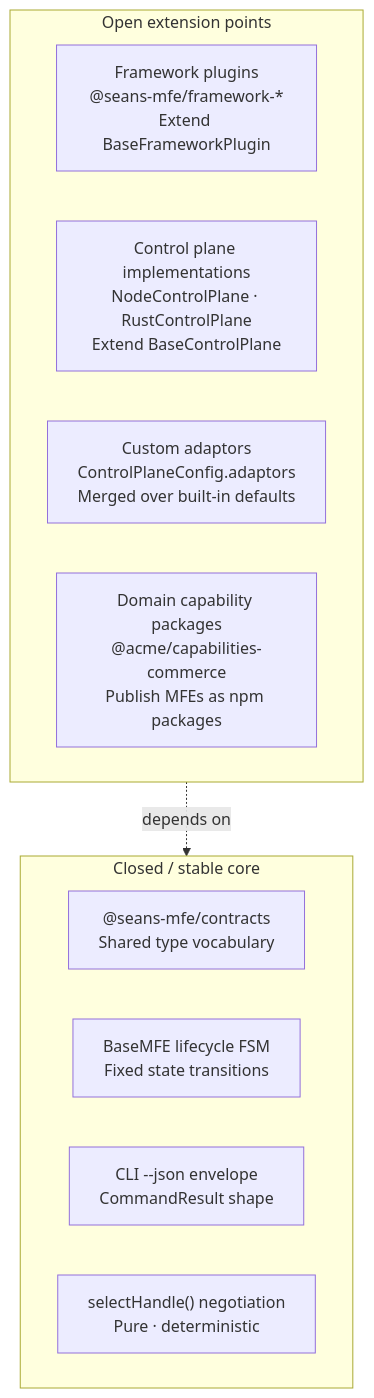
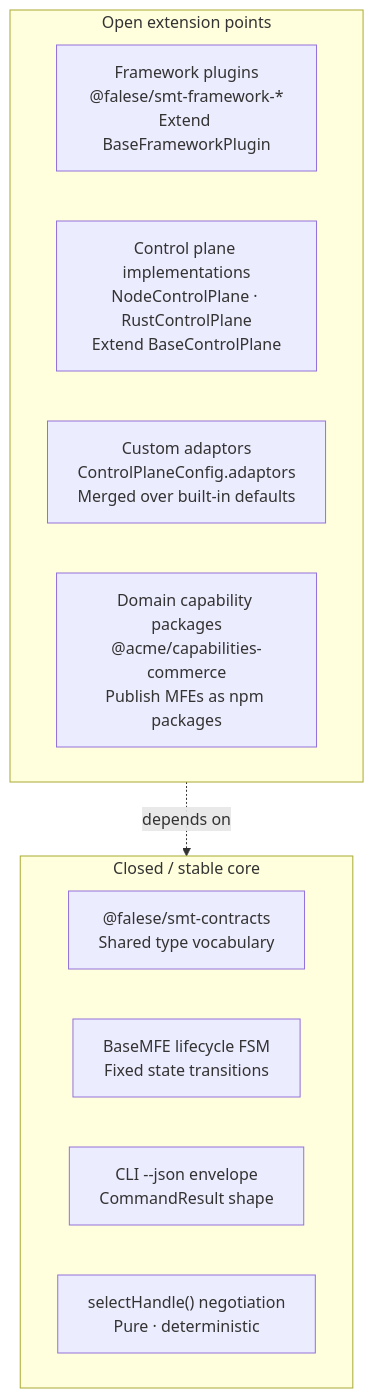
One commit to falese/seans-mfe-tool changed diagram 23 of 24 in docs/architecture-whitepaper.md. Above: the diagram before and after it, drawn with Mermaid. The commit also changed other lines of this file and 427 other files, not shown here.

First line of the commit message:
refactor!: rename platform packages to @falese/smt-* (ADR-083)

````diff
--- a/docs/architecture-whitepaper.md
+++ b/docs/architecture-whitepaper.md
@@ -906,18 +906,18 @@
 ```mermaid
 flowchart TB
     subgraph OPEN["Open extension points"]
-        FW["Framework plugins\n@seans-mfe/framework-*\nExtend BaseFrameworkPlugin"]
+        FW["Framework plugins\n@falese/smt-framework-*\nExtend BaseFrameworkPlugin"]
         CP_IMPL["Control plane implementations\nNodeControlPlane · RustControlPlane\nExtend BaseControlPlane"]
         ADAPT["Custom adaptors\nControlPlaneConfig.adaptors\nMerged over built-in defaults"]
         CAP["Domain capability packages\n@acme/capabilities-commerce\nPublish MFEs as npm packages"]
     end
 
     subgraph CLOSED["Closed / stable core"]
-        CONTRACTS["@seans-mfe/contracts\nShared type vocabulary"]
+        CONTRACTS["@falese/smt-contracts\nShared type vocabulary"]
         LIFECYCLE["BaseMFE lifecycle FSM\nFixed state transitions"]
         ENVELOPE["CLI --json envelope\nCommandResult shape"]
         NEG["selectHandle() negotiation\nPure · deterministic"]
     end
 
     OPEN -.->|"depends on"| CLOSED
 ```
````
